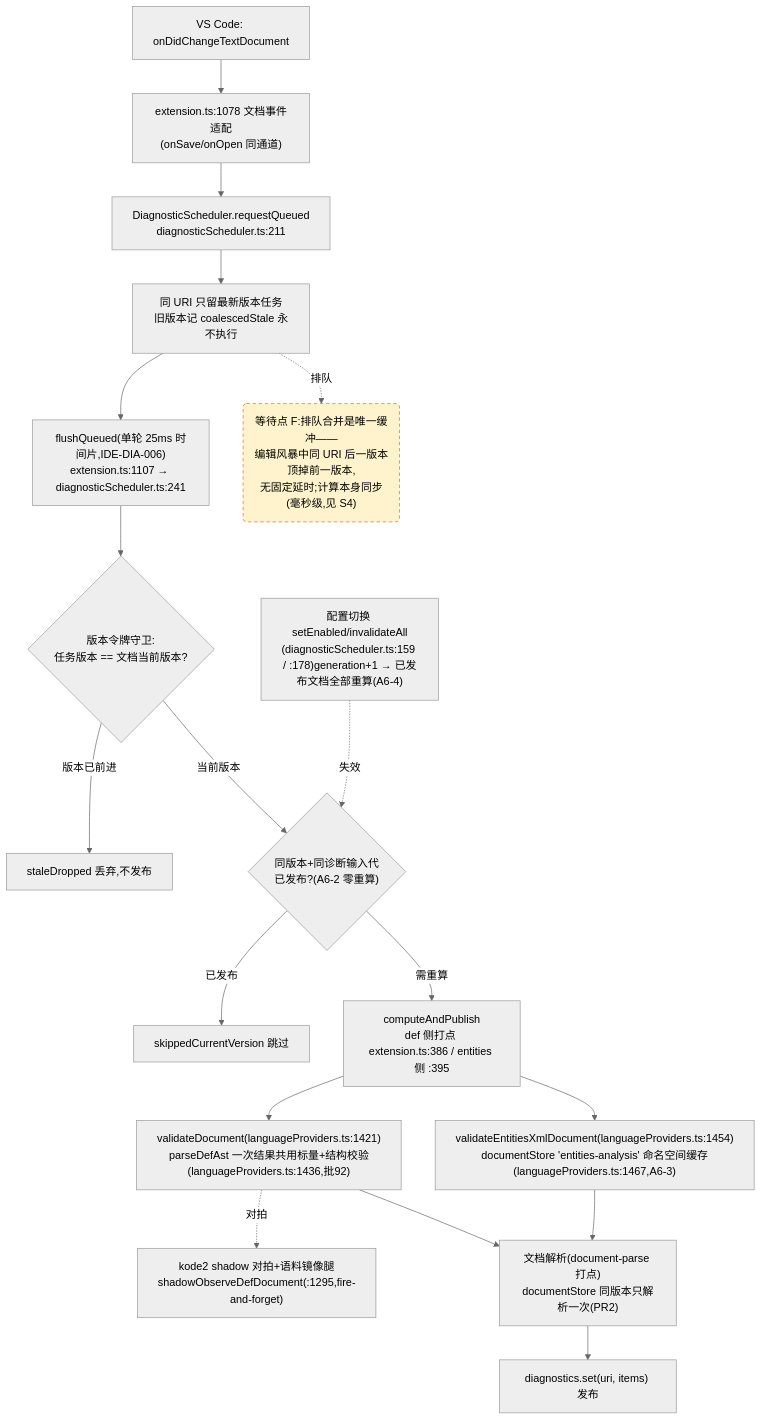
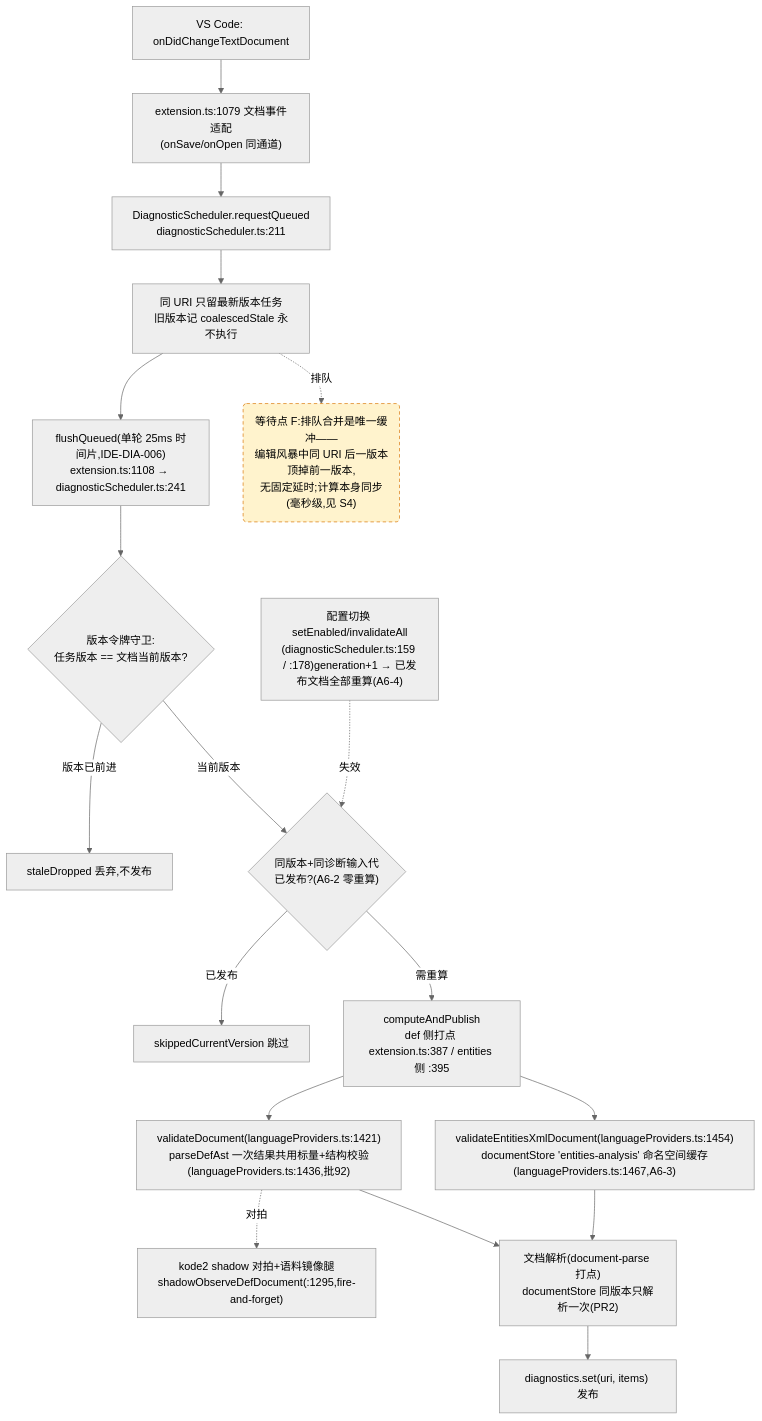
One commit to cuihairu/kode changed the fourth of 4 diagrams in docs/perf/2026-baseline.md. Above: the diagram before and after it, drawn with Mermaid (neutral theme). The commit also changed other lines of this file and 10 other files, not shown here.

````diff
--- a/docs/perf/2026-baseline.md
+++ b/docs/perf/2026-baseline.md
@@ -214,38 +214,38 @@
 ```mermaid
 flowchart TD
   CHG["VS Code: onDidChangeTextDocument"]
-  WATCH["extension.ts:1078 文档事件适配<br/>(onSave/onOpen 同通道)"]
+  WATCH["extension.ts:1079 文档事件适配<br/>(onSave/onOpen 同通道)"]
   RQ["DiagnosticScheduler.requestQueued<br/>diagnosticScheduler.ts:211"]
   CO["同 URI 只留最新版本任务<br/>旧版本记 coalescedStale 永不执行"]
-  FL["flushQueued(单轮 25ms 时间片,IDE-DIA-006)<br/>extension.ts:1107 → diagnosticScheduler.ts:241"]
+  FL["flushQueued(单轮 25ms 时间片,IDE-DIA-006)<br/>extension.ts:1108 → diagnosticScheduler.ts:241"]
   VG{"版本令牌守卫:<br/>任务版本 == 文档当前版本?"}
   DROP["staleDropped 丢弃,不发布"]
   GEN{"同版本+同诊断输入代<br/>已发布?(A6-2 零重算)"}
   SKIP["skippedCurrentVersion 跳过"]
-  CALC["computeAndPublish<br/>def 侧打点 extension.ts:386 / entities 侧 :395"]
+  CALC["computeAndPublish<br/>def 侧打点 extension.ts:387 / entities 侧 :395"]
   VD["validateDocument(languageProviders.ts:1421)<br/>parseDefAst 一次结果共用标量+结构校验(languageProviders.ts:1436,批92)"]
   VEX["validateEntitiesXmlDocument(languageProviders.ts:1454)<br/>documentStore 'entities-analysis' 命名空间缓存(languageProviders.ts:1467,A6-3)"]
   SHDD["kode2 shadow 对拍+语料镜像腿<br/>shadowObserveDefDocument(:1295,fire-and-forget)"]
   DS["文档解析(document-parse 打点)<br/>documentStore 同版本只解析一次(PR2)"]
   PUB["diagnostics.set(uri, items) 发布"]
   CFG2["配置切换 setEnabled/invalidateAll<br/>(diagnosticScheduler.ts:159 / :178)generation+1 → 已发布文档全部重算(A6-4)"]
 
   CHG --> WATCH --> RQ --> CO --> FL --> VG
   VG -- "版本已前进" --> DROP
   VG -- "当前版本" --> GEN
   GEN -- "已发布" --> SKIP
   GEN -- "需重算" --> CALC
   CALC --> VD
   CALC --> VEX
   VD --> DS
   VEX --> DS
   DS --> PUB
   VD -.->|对拍| SHDD
   CFG2 -.->|失效| GEN
 
   WAITF("等待点 F:排队合并是唯一缓冲——<br/>编辑风暴中同 URI 后一版本顶掉前一版本,<br/>无固定延时;计算本身同步(毫秒级,见 S4)")
   CO -.->|排队| WAITF
 
   classDef waitPoint fill:#fff3cd,stroke:#d97706,stroke-dasharray:5 4;
   class WAITF waitPoint;
 ```
````
